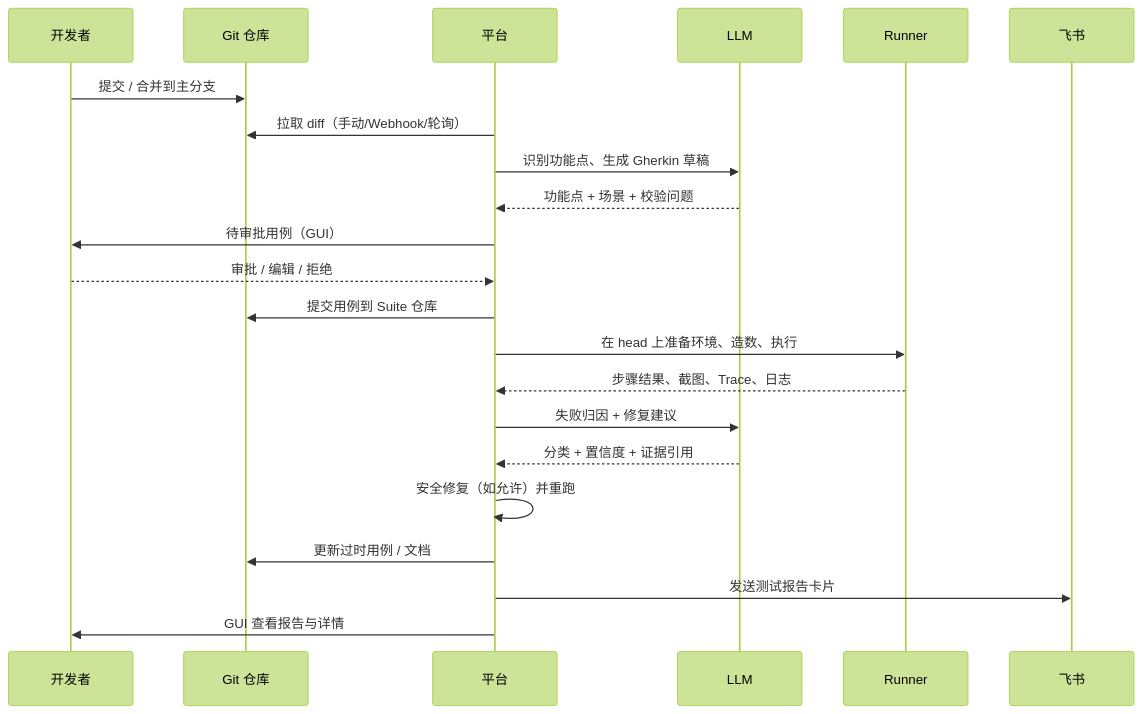
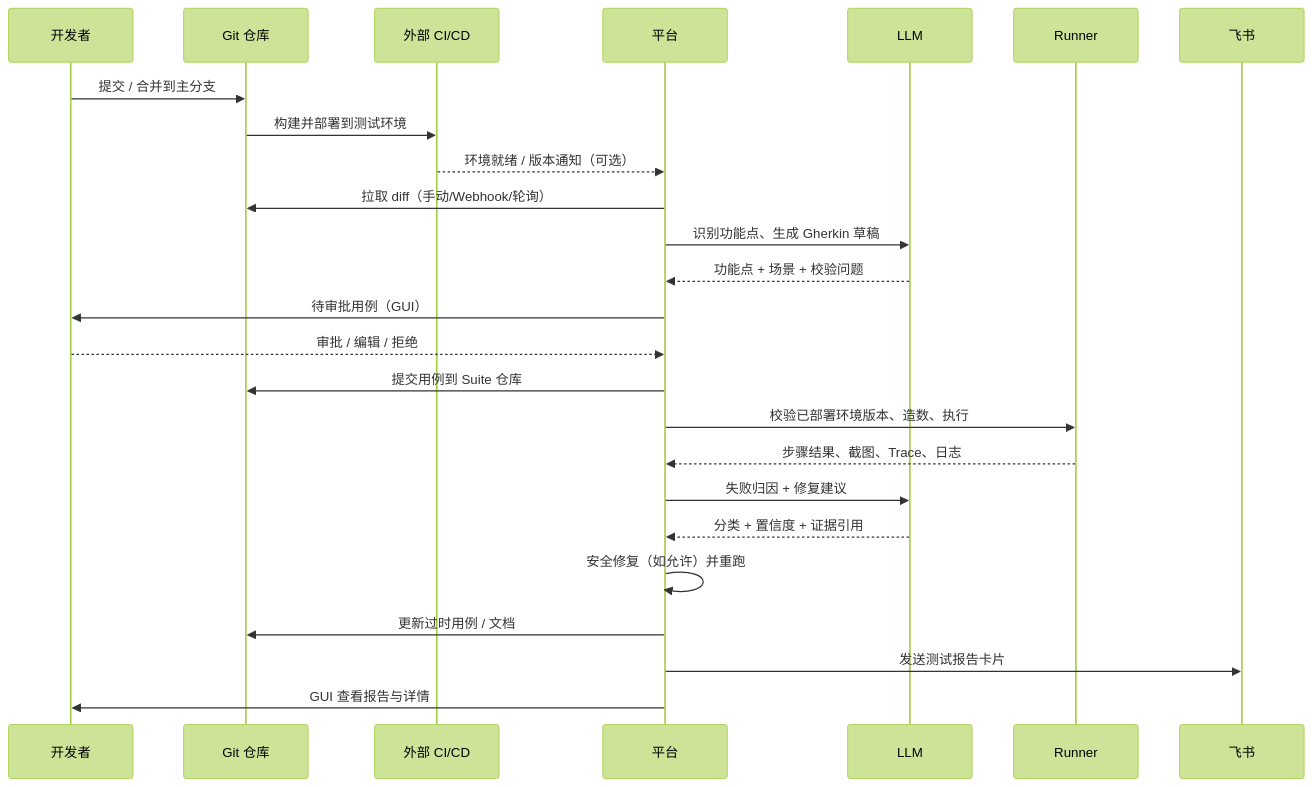
One commit to kilimm/git-ai-test-flow changed the first of 7 diagrams in docs/PROJECT_SPEC.md. Above: the diagram before and after it, drawn with Mermaid (forest theme). The commit also changed other lines of this file and 1 other file, not shown here.

````diff
--- a/docs/PROJECT_SPEC.md
+++ b/docs/PROJECT_SPEC.md
@@ -150,25 +152,28 @@
 ```mermaid
 sequenceDiagram
   participant Dev as 开发者
   participant Git as Git 仓库
+  participant CI as 外部 CI/CD
   participant Platform as 平台
   participant LLM as LLM
   participant Runner as Runner
   participant FS as 飞书
 
   Dev->>Git: 提交 / 合并到主分支
+  Git->>CI: 构建并部署到测试环境
+  CI-->>Platform: 环境就绪 / 版本通知（可选）
   Platform->>Git: 拉取 diff（手动/Webhook/轮询）
   Platform->>LLM: 识别功能点、生成 Gherkin 草稿
   LLM-->>Platform: 功能点 + 场景 + 校验问题
   Platform->>Dev: 待审批用例（GUI）
   Dev-->>Platform: 审批 / 编辑 / 拒绝
   Platform->>Git: 提交用例到 Suite 仓库
-  Platform->>Runner: 在 head 上准备环境、造数、执行
+  Platform->>Runner: 校验已部署环境版本、造数、执行
   Runner-->>Platform: 步骤结果、截图、Trace、日志
   Platform->>LLM: 失败归因 + 修复建议
   LLM-->>Platform: 分类 + 置信度 + 证据引用
   Platform->>Platform: 安全修复（如允许）并重跑
   Platform->>Git: 更新过时用例 / 文档
   Platform->>FS: 发送测试报告卡片
   Platform->>Dev: GUI 查看报告与详情
 ```
````
